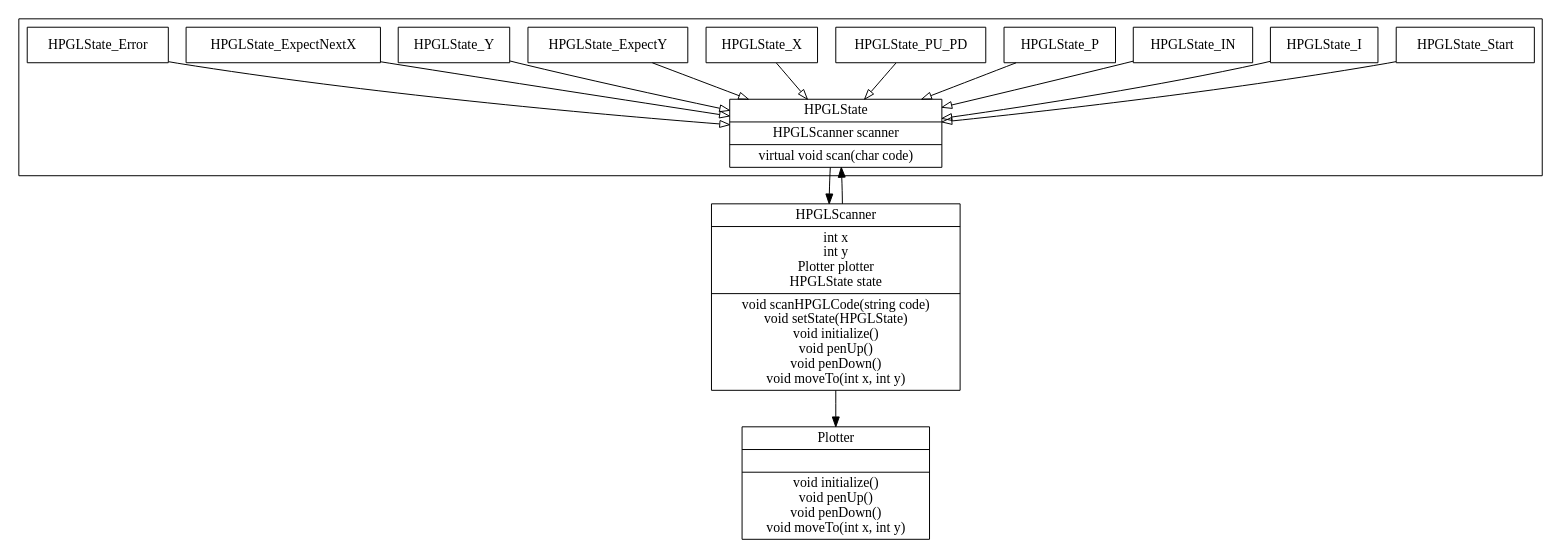
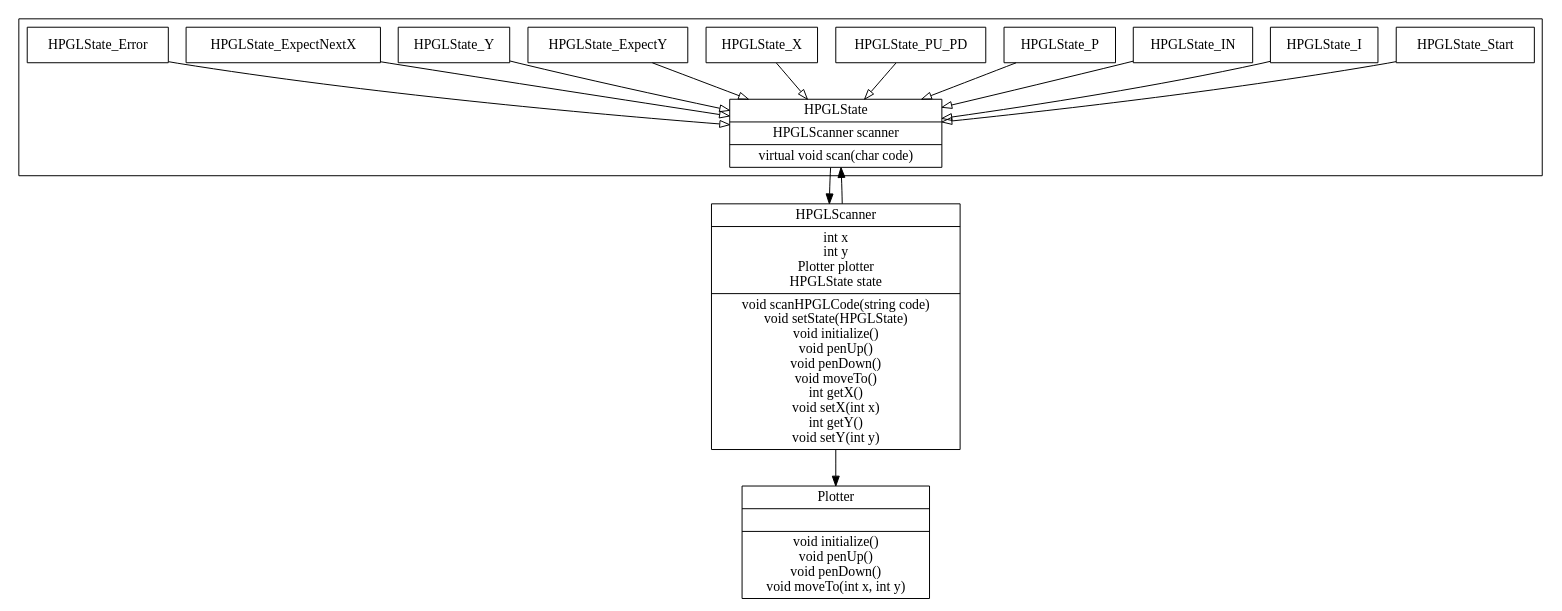
One commit to VL-IT-Service/HPGL_Scanner changed the diagram in classdiagram.dot. Above: the diagram before and after it, drawn with Graphviz. The commit also changed 5 other files, not shown here.

Commit message:
update class diagram state diagram

```diff
--- a/classdiagram.dot
+++ b/classdiagram.dot
@@ -1,42 +1,42 @@
 digraph HPGL {
 
 node [shape="record"]
 
 Plotter [label="{Plotter||void initialize()\nvoid penUp()\nvoid penDown()\nvoid moveTo(int x, int y)}"]
 
-HPGLScanner [label="{HPGLScanner|int x\nint y\nPlotter plotter\nHPGLState state|void scanHPGLCode(string code)\nvoid setState(HPGLState)\nvoid initialize()\nvoid penUp()\nvoid penDown()\nvoid moveTo(int x, int y)}"]
+HPGLScanner [label="{HPGLScanner|int x\nint y\nPlotter plotter\nHPGLState state|void scanHPGLCode(string code)\nvoid setState(HPGLState)\nvoid initialize()\nvoid penUp()\nvoid penDown()\nvoid moveTo()\nint getX()\nvoid setX(int x)\nint getY()\nvoid setY(int y)}"]
 
 
 
 subgraph clusterStates{
 HPGLState [label="{HPGLState|HPGLScanner scanner|virtual void scan(char code)}"]
 HPGLState_Start
 HPGLState_I
 HPGLState_IN
 HPGLState_P
 HPGLState_PU_PD
 HPGLState_X
 HPGLState_ExpectY
 HPGLState_Y
 HPGLState_ExpectNextX
 HPGLState_Error
 
 }
 
 
 HPGLScanner -> Plotter
 HPGLState -> HPGLScanner
 HPGLScanner -> HPGLState
 
 HPGLState_Start -> HPGLState [arrowhead="empty"]
 HPGLState_I -> HPGLState [arrowhead="empty"]
 HPGLState_IN -> HPGLState [arrowhead="empty"]
 HPGLState_P -> HPGLState [arrowhead="empty"]
 HPGLState_PU_PD -> HPGLState [arrowhead="empty"]
 HPGLState_X -> HPGLState [arrowhead="empty"]
 HPGLState_ExpectY -> HPGLState [arrowhead="empty"]
 HPGLState_Y -> HPGLState [arrowhead="empty"]
 HPGLState_ExpectNextX -> HPGLState [arrowhead="empty"]
 HPGLState_Error -> HPGLState [arrowhead="empty"]
 
 }
```
